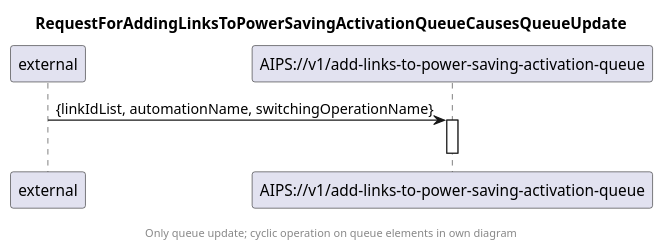
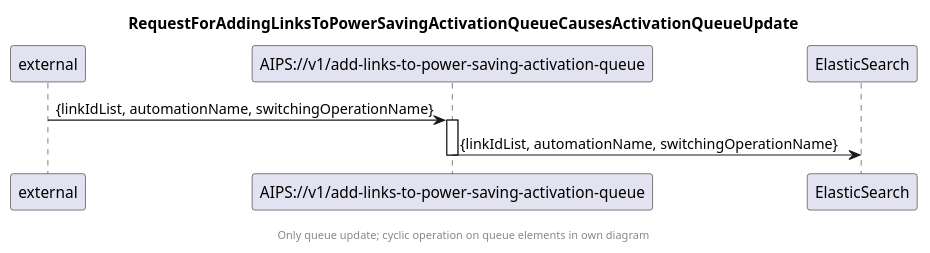
Before and after one commit to kmohr-soprasteria/AIPS_wip: the diagram in diagrams/04 Link group related switching operation/400_addLinksToPowerSavingActivationQueue.plantuml, drawn with PlantUML. The commit also changed 15 other files, not shown here.

Commit message:
diagrams done

```diff
--- a/diagrams/04 Link group related switching operation/400_addLinksToPowerSavingActivationQueue.plantuml
+++ b/diagrams/04 Link group related switching operation/400_addLinksToPowerSavingActivationQueue.plantuml
@@ -1,23 +1,26 @@
 @startuml 400_addLinksToPowerSavingActivationQueue
 skinparam responseMessageBelowArrow true
 
 title
-RequestForAddingLinksToPowerSavingActivationQueueCausesQueueUpdate
+RequestForAddingLinksToPowerSavingActivationQueueCausesActivationQueueUpdate
 end title
 
 participant "external" as requestor
 participant "AIPS://v1/add-links-to-power-saving-activation-queue" as addLinks
+participant "ElasticSearch" as es
 
 requestor -> addLinks: {linkIdList, automationName, switchingOperationName}
 activate addLinks
+
+addLinks -> es:  {linkIdList, automationName, switchingOperationName}
 
 deactivate addLinks
 
 
 footer
 
   Only queue update; cyclic operation on queue elements in own diagram
 end footer
 
 
 @enduml
```
